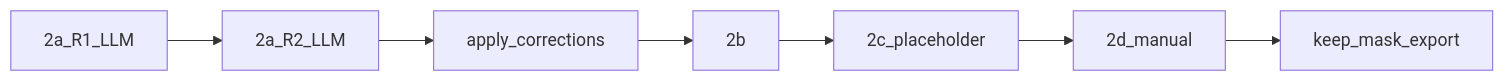
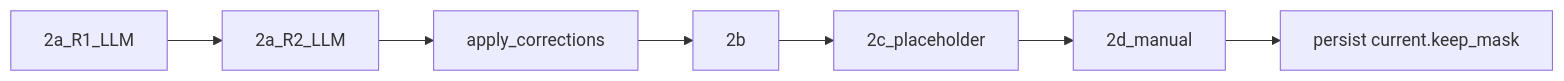
Before and after one commit to yy35959199/ascut: the diagram in doc/intelligence-layer2-mvp.md, drawn with Mermaid. The commit also changed other lines of this file and 32 other files, not shown here.

````diff
--- a/doc/intelligence-layer2-mvp.md
+++ b/doc/intelligence-layer2-mvp.md
@@ -224,9 +225,9 @@
 ```mermaid
 flowchart LR
   step2aR1[2a_R1_LLM] --> step2aR2[2a_R2_LLM]
   step2aR2 --> step2aApply[apply_corrections]
   step2aApply --> step2b[2b]
   step2b --> step2c[2c_placeholder]
   step2c --> step2d[2d_manual]
-  step2d --> stepKeep[keep_mask_export]
+  step2d --> stepKeep[persist current.keep_mask]
 ```
````
